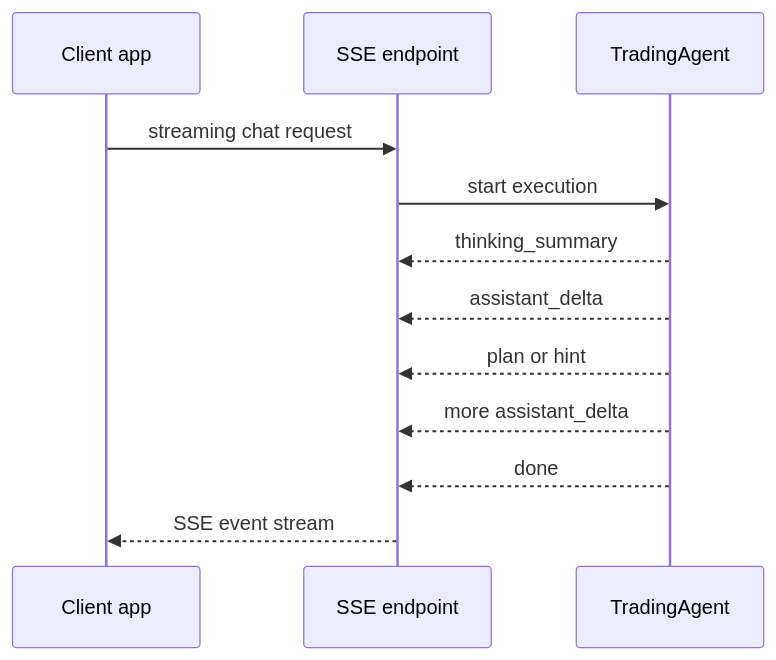
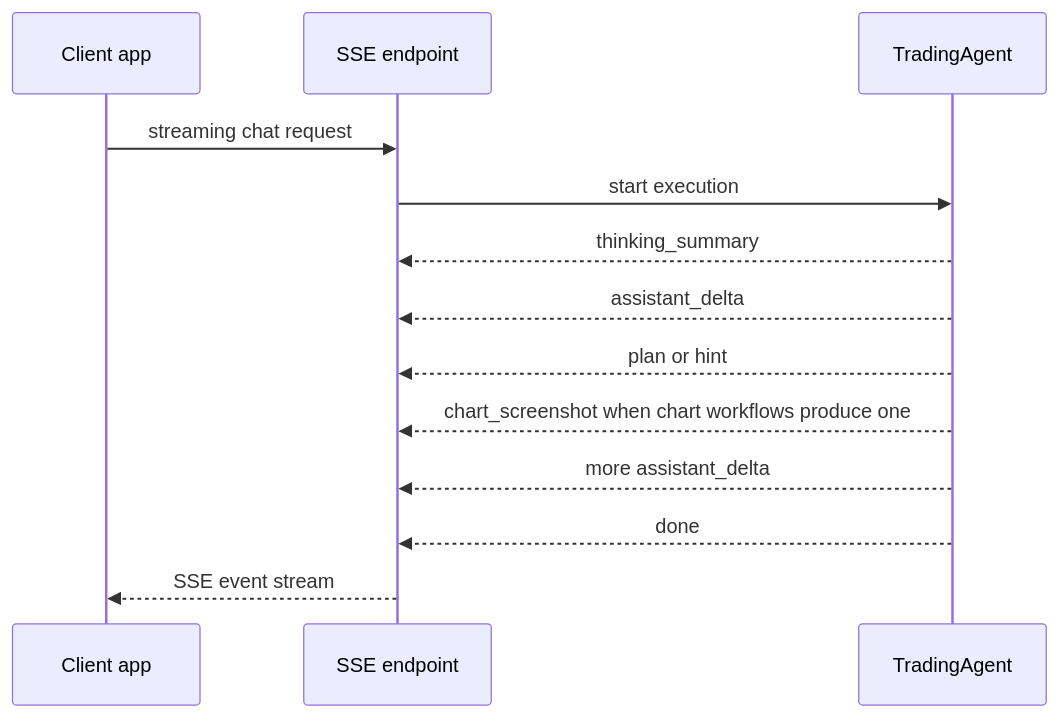
Before and after one commit to FajarArrizki/docs: the third of 4 diagrams in api-reference/agent.mdx, drawn with Mermaid. The commit also changed other lines of this file and 1 other file, not shown here.

Commit message:
Feat: updete agent inpormation

````diff
--- a/api-reference/agent.mdx
+++ b/api-reference/agent.mdx
@@ -112,15 +142,16 @@
 ```mermaid
 sequenceDiagram
     participant App as Client app
     participant API as SSE endpoint
     participant Agent as TradingAgent
 
     App->>API: streaming chat request
     API->>Agent: start execution
     Agent-->>API: thinking_summary
     Agent-->>API: assistant_delta
     Agent-->>API: plan or hint
+    Agent-->>API: chart_screenshot when chart workflows produce one
     Agent-->>API: more assistant_delta
     Agent-->>API: done
     API-->>App: SSE event stream
 ```
````
